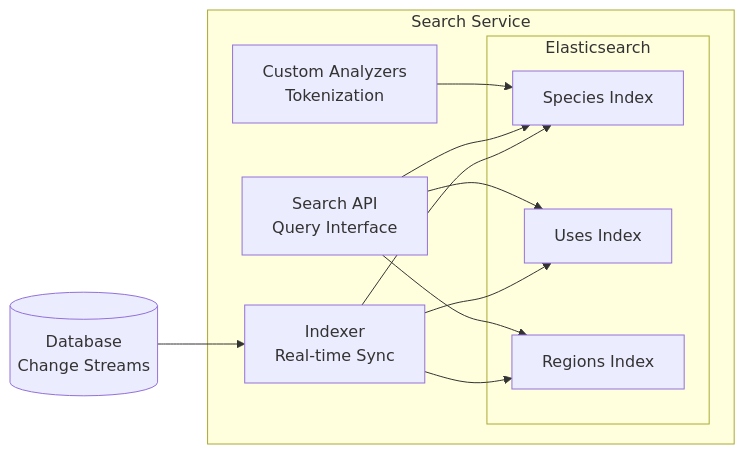
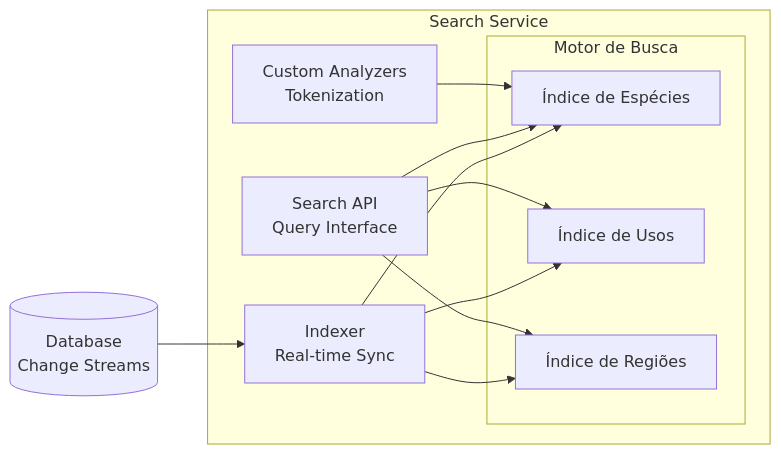
Before and after one commit to edalcin/etnoArquitetura: the fifth of 5 diagrams in docs/c4-model/03-component-diagram.md, drawn with Mermaid. The commit also changed other lines of this file and 9 other files, not shown here.

First line of the commit message:
Enhance architecture documentation with integration references and comprehensive bibliography

````diff
--- a/docs/c4-model/03-component-diagram.md
+++ b/docs/c4-model/03-component-diagram.md
@@ -959,26 +959,26 @@
 ```mermaid
 graph LR
     subgraph "Search Service"
         INDEXER[Indexer<br/>Real-time Sync]
         SEARCH_API[Search API<br/>Query Interface]
 
-        subgraph "Elasticsearch"
-            SPECIES_IDX[Species Index]
-            USES_IDX[Uses Index]
-            REGIONS_IDX[Regions Index]
+        subgraph "Motor de Busca"
+            SPECIES_IDX[Índice de Espécies]
+            USES_IDX[Índice de Usos]
+            REGIONS_IDX[Índice de Regiões]
         end
 
         ANALYZER[Custom Analyzers<br/>Tokenization]
     end
 
     DB_CHANGES[(Database<br/>Change Streams)] --> INDEXER
     INDEXER --> SPECIES_IDX
     INDEXER --> USES_IDX
     INDEXER --> REGIONS_IDX
 
     SEARCH_API --> SPECIES_IDX
     SEARCH_API --> USES_IDX
     SEARCH_API --> REGIONS_IDX
 
     ANALYZER --> SPECIES_IDX
 ```
````
